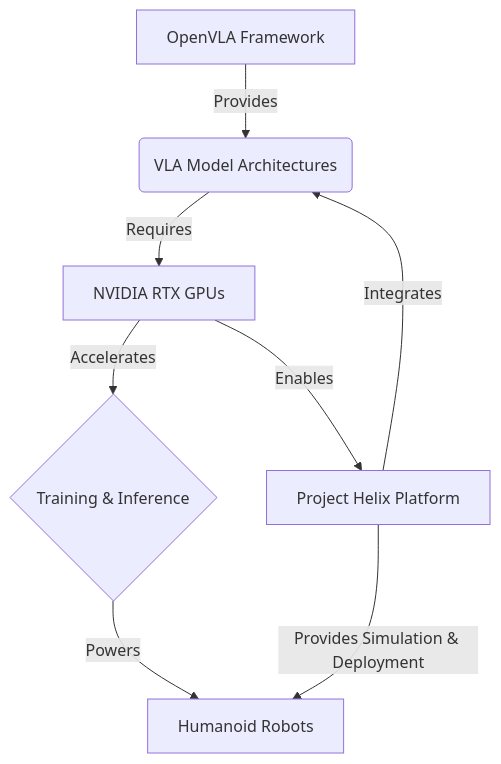
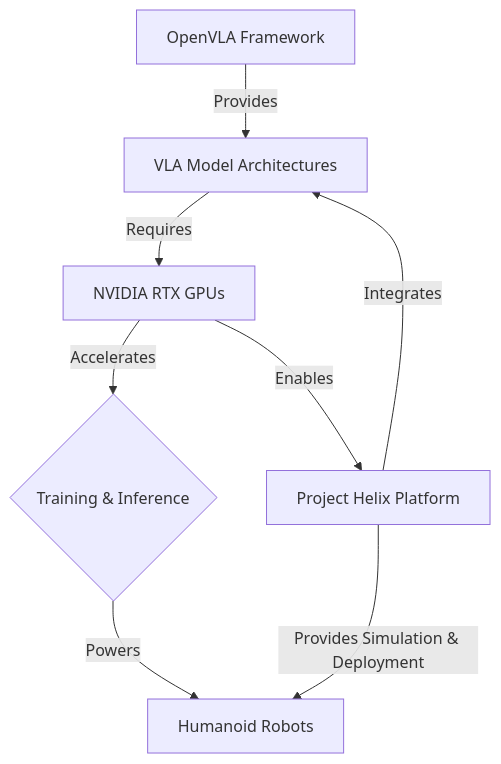
The diagram in frontend/docs/05-vla-capstone/03-openvla-rtx-and-helix.md (HumaizaNaz/physical-ai-textbook), drawn with Mermaid before and after one commit. The commit also changed 60 other files, not shown here.

````diff
--- a/frontend/docs/05-vla-capstone/03-openvla-rtx-and-helix.md
+++ b/frontend/docs/05-vla-capstone/03-openvla-rtx-and-helix.md
@@ -107,9 +107,9 @@
 ```mermaid
 graph TD
-    A[OpenVLA Framework] -- Provides --> B(VLA Model Architectures)
-    B -- Requires --> C[NVIDIA RTX GPUs] -- Accelerates --> D{Training & Inference}
-    C -- Enables --> E[Project Helix Platform]
-    E -- Integrates --> B
-    E -- Provides Simulation & Deployment --> F[Humanoid Robots]
-    D -- Powers --> F
+    A["OpenVLA Framework"] -- "Provides" --> B["VLA Model Architectures"]
+    B -- "Requires" --> C["NVIDIA RTX GPUs"] -- "Accelerates" --> D{"Training & Inference"}
+    C -- "Enables" --> E["Project Helix Platform"]
+    E -- "Integrates" --> B
+    E -- "Provides Simulation & Deployment" --> F["Humanoid Robots"]
+    D -- "Powers" --> F
 ```
````
